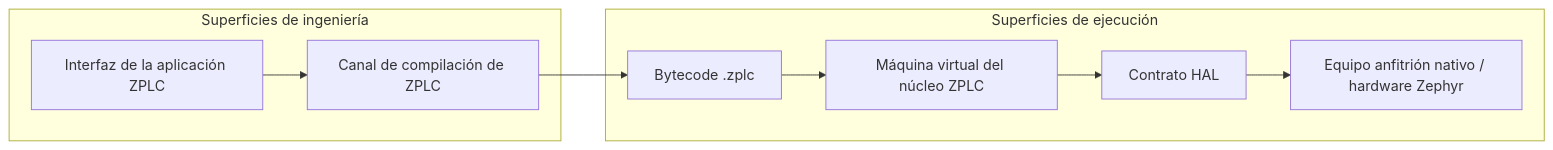
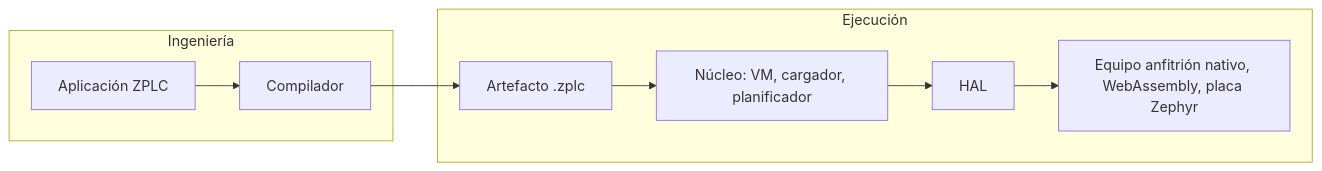
Before and after one commit to eduardojvieira/ZPLC: the diagram in docs/i18n/es/docusaurus-plugin-content-docs/current/architecture/index.md, drawn with Mermaid. The commit also changed other lines of this file and 11 other files, not shown here.

Commit message:
docs(runtime): rewrite the architecture, runtime overview, scheduler, memory model, persistence and HAL pages

````diff
--- a/docs/i18n/es/docusaurus-plugin-content-docs/current/architecture/index.md
+++ b/docs/i18n/es/docusaurus-plugin-content-docs/current/architecture/index.md
@@ -18,20 +16,20 @@
 ```mermaid
 flowchart LR
-  subgraph Engineering[Superficies de ingeniería]
-    IDE[Interfaz de la aplicación ZPLC]
-    COMPILER[Canal de compilación de ZPLC]
+  subgraph Engineering[Ingeniería]
+    APP[Aplicación ZPLC]
+    COMPILER[Compilador]
   end
 
-  subgraph Execution[Superficies de ejecución]
-    BYTECODE[Bytecode .zplc]
-    VM[Máquina virtual del núcleo ZPLC]
-    HAL[Contrato HAL]
-    TARGETS[Equipo anfitrión nativo / hardware Zephyr]
+  subgraph Execution[Ejecución]
+    ARTIFACT[Artefacto .zplc]
+    CORE[Núcleo: VM, cargador, planificador]
+    HAL[HAL]
+    TARGET[Equipo anfitrión nativo, WebAssembly, placa Zephyr]
   end
 
-  IDE --> COMPILER
-  COMPILER --> BYTECODE
-  BYTECODE --> VM
-  VM --> HAL
-  HAL --> TARGETS
+  APP --> COMPILER
+  COMPILER --> ARTIFACT
+  ARTIFACT --> CORE
+  CORE --> HAL
+  HAL --> TARGET
 ```
````
